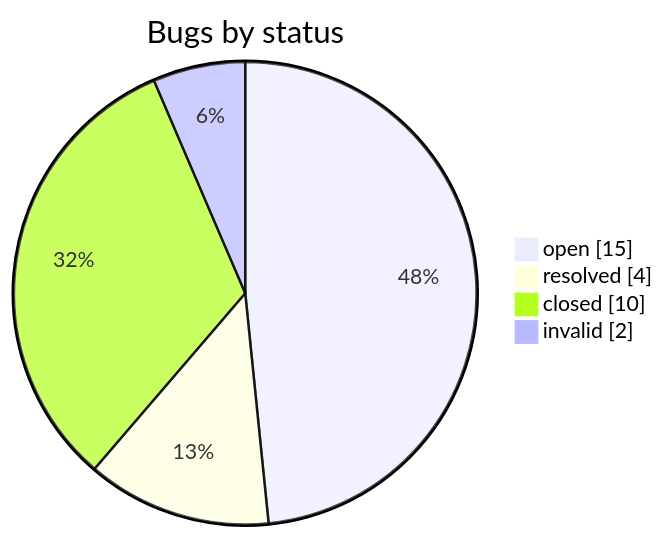
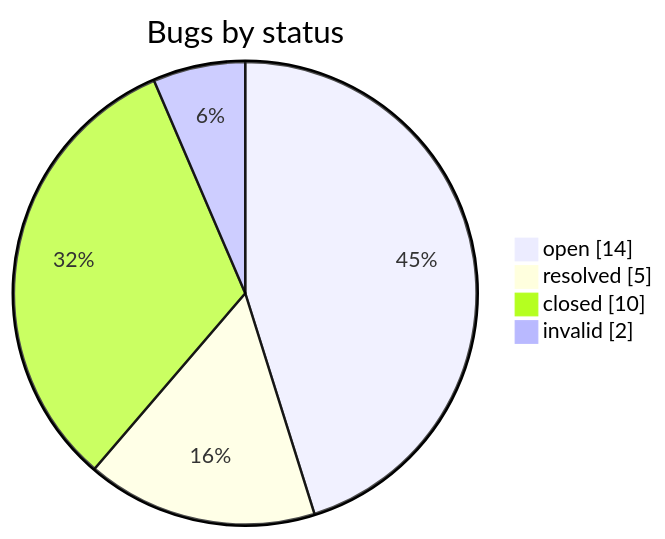
One commit to iammaxsu/automatic-testing-architecture changed the second of 2 diagrams in STATUS.md. Above: the diagram before and after it, drawn with Mermaid. The commit also changed other lines of this file and 3 other files, not shown here.

````diff
--- a/STATUS.md
+++ b/STATUS.md
@@ -164,7 +164,7 @@
 ```mermaid
 pie showData title Bugs by status
-    "open" : 15
-    "resolved" : 4
+    "open" : 14
+    "resolved" : 5
     "closed" : 10
     "invalid" : 2
 ```
````
